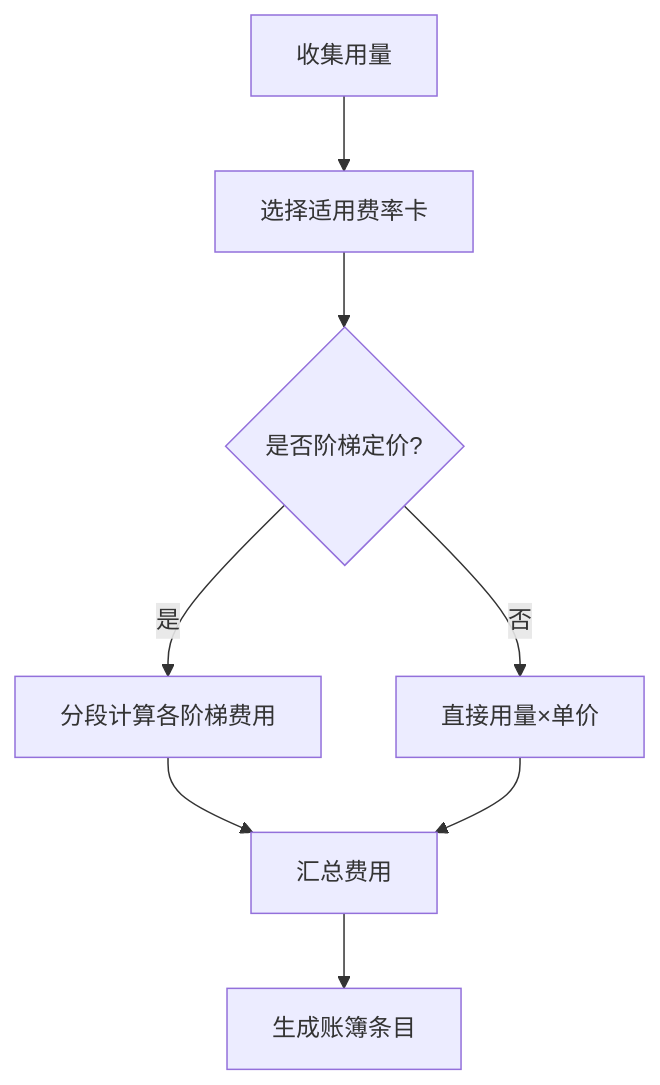
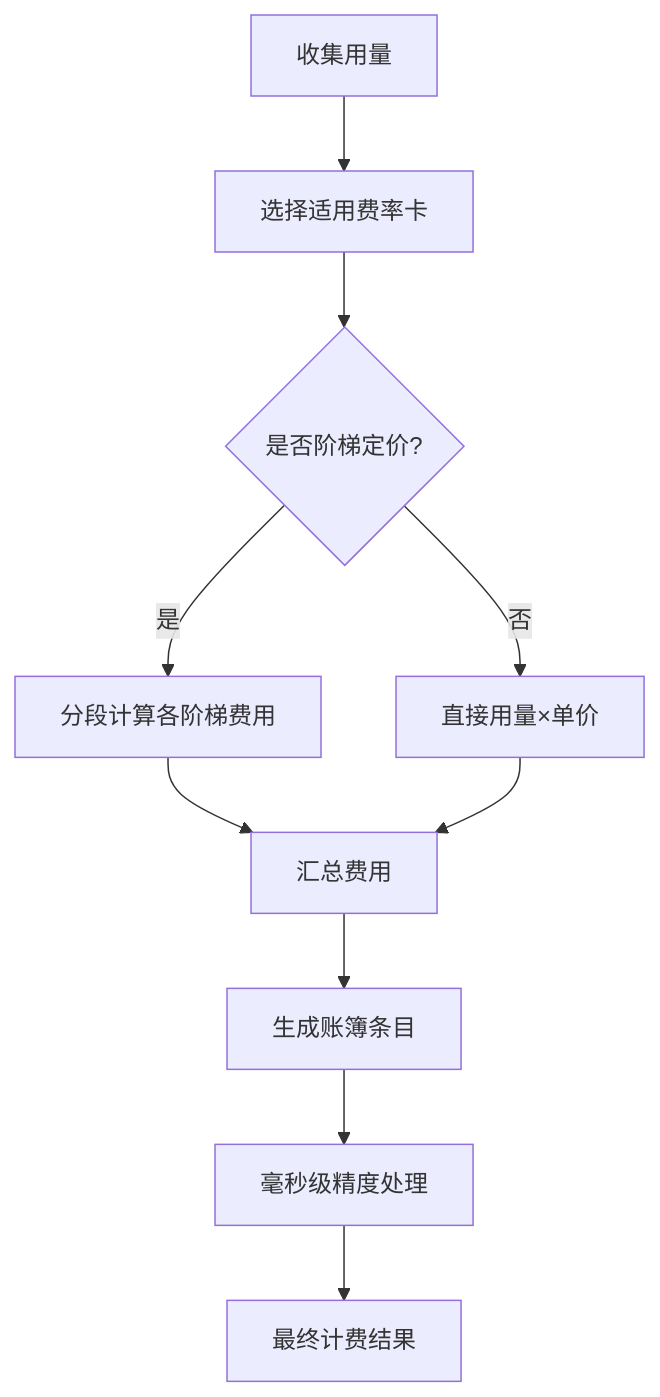
Before and after one commit to scottcwy/PurpleInk: the ninth of 16 diagrams in .qoder/repowiki/zh/content/项目概述/计费配置/计费和会计账簿系统.md, drawn with Mermaid. The commit also changed other lines of this file and 37 other files, not shown here.

````diff
--- a/.qoder/repowiki/zh/content/项目概述/计费配置/计费和会计账簿系统.md
+++ b/.qoder/repowiki/zh/content/项目概述/计费配置/计费和会计账簿系统.md
@@ -398,10 +491,12 @@
 ```mermaid
 flowchart TD
 A["收集用量"] --> B["选择适用费率卡"]
 B --> C{"是否阶梯定价?"}
 C --> |是| D["分段计算各阶梯费用"]
 C --> |否| E["直接用量×单价"]
 D --> F["汇总费用"]
 E --> F
 F --> G["生成账簿条目"]
+G --> H["毫秒级精度处理"]
+H --> I["最终计费结果"]
 ```
````
